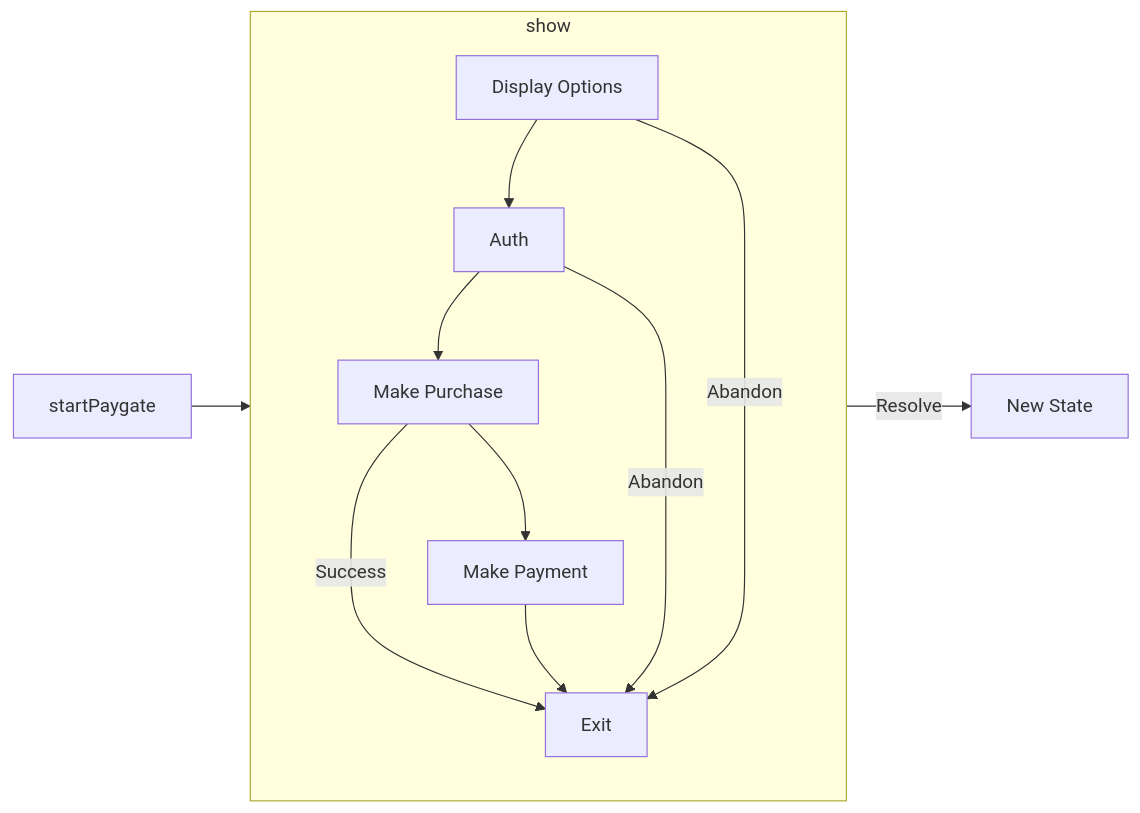
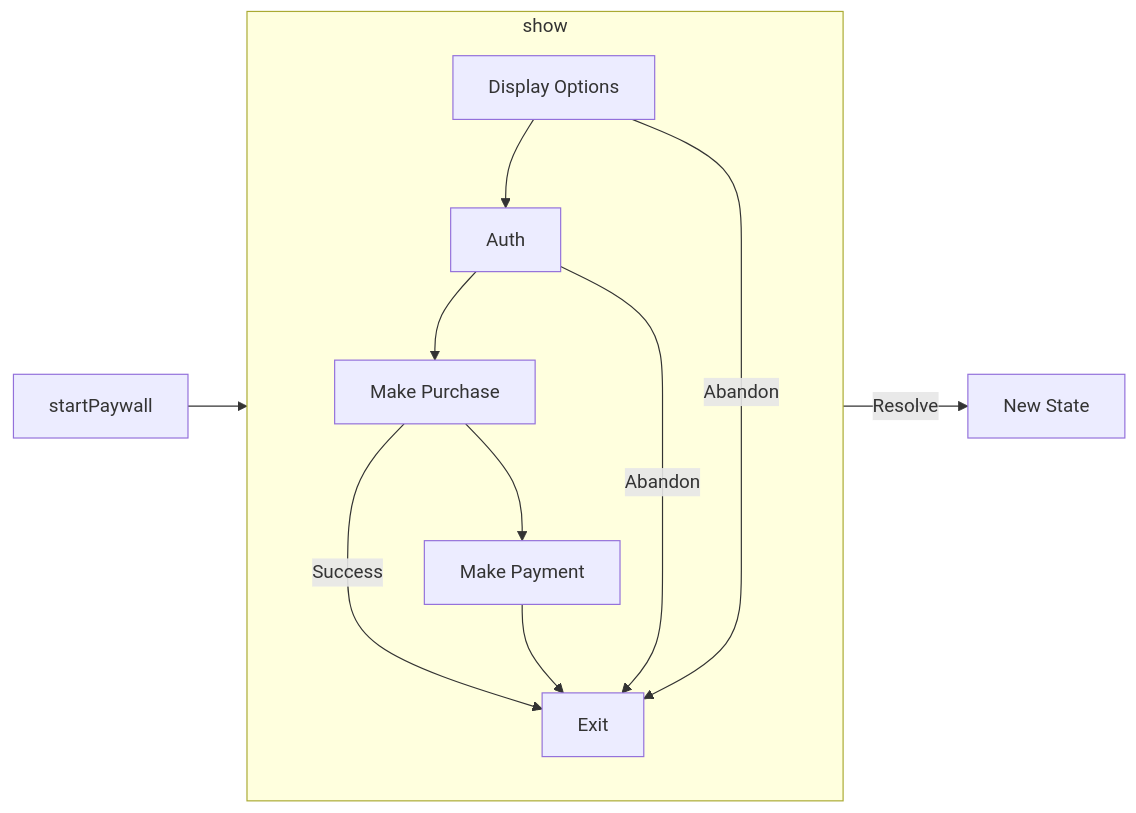
The diagram in supertab-js/experiences/guide.mdx (laterpay/supertab-docs), drawn with Mermaid before and after one commit. The commit also changed other lines of this file and 9 other files, not shown here.

Commit message:
feat: rename basic paygate to paywall (#25)

````diff
--- a/supertab-js/experiences/guide.mdx
+++ b/supertab-js/experiences/guide.mdx
@@ -77,17 +77,17 @@
 ```mermaid
 flowchart LR
 
 subgraph show
     direction TB
     options[Display Options] --> login[Auth]
     login --> purchase[Make Purchase]
     purchase -- Success --> exit[Exit]
     purchase --> payment[Make Payment]
     payment --> exit
     options -- Abandon --> exit
     login -- Abandon --> exit
 end
 
-start[startPaygate] --> show
+start[startPaywall] --> show
 show -- Resolve --> update[New State]
 ```
````
